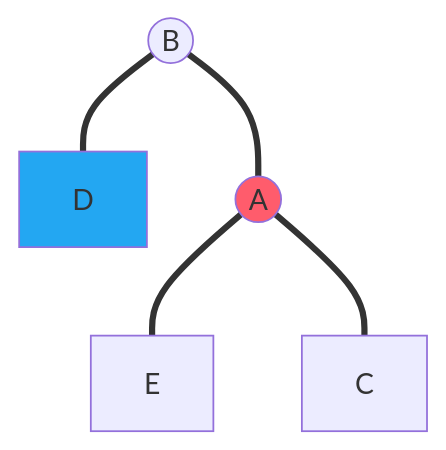
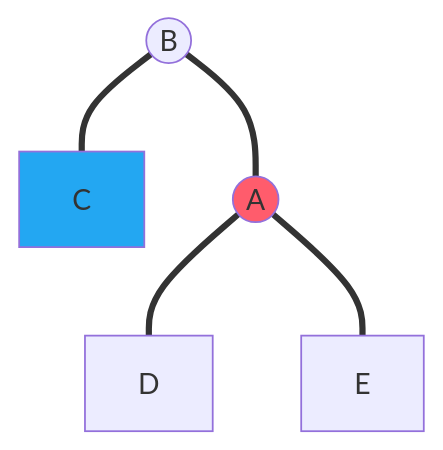
The seventh of 25 diagrams in docs/zju/compulsory_courses/ADS/ch1.md (WintermelonC/WintermelonC_Docs), drawn with Mermaid before and after one commit. The commit also changed other lines of this file and 11 other files, not shown here.

````diff
--- a/docs/zju/compulsory_courses/ADS/ch1.md
+++ b/docs/zju/compulsory_courses/ADS/ch1.md
@@ -136,14 +136,14 @@
 ```mermaid
 graph TD;
 D[D]
+C[C]
 A((A))
-C[C]
 B((B))
 E[E]
-B === D
+B === C
 B === A
+A === D
 A === E
-A === C
 style A fill: #ff5c6c
-style D fill: #23a7f2
+style C fill: #23a7f2
 ```
````
